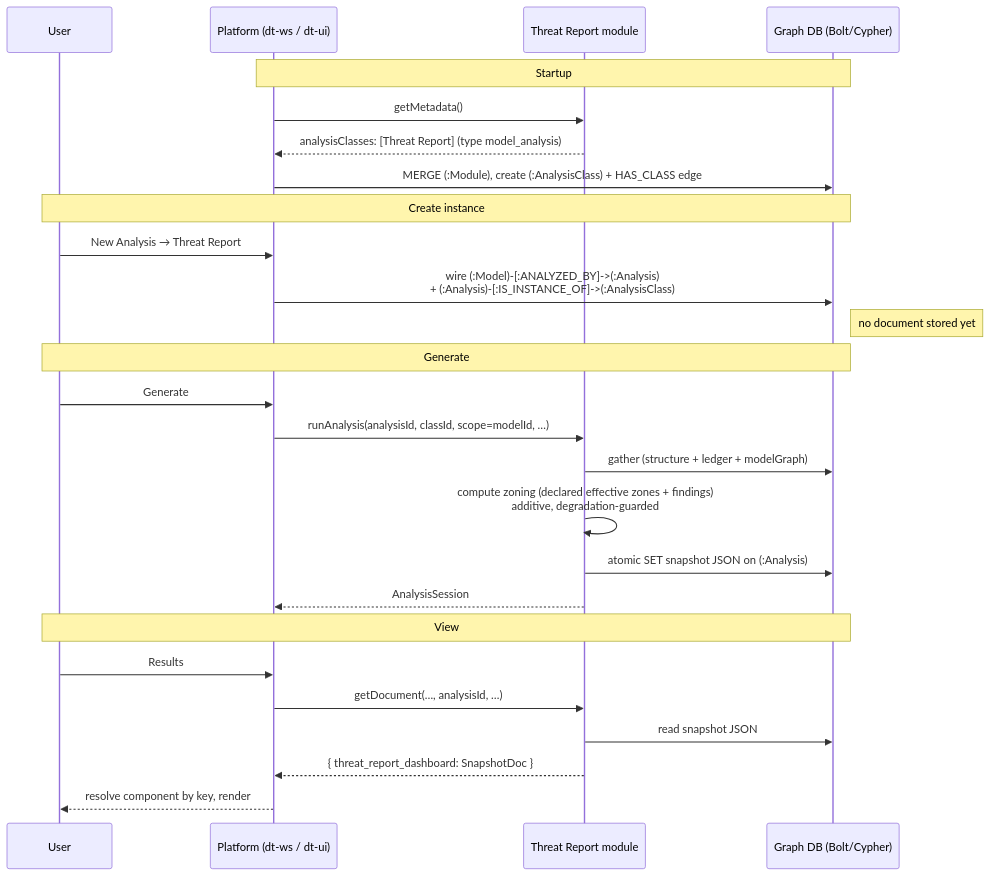
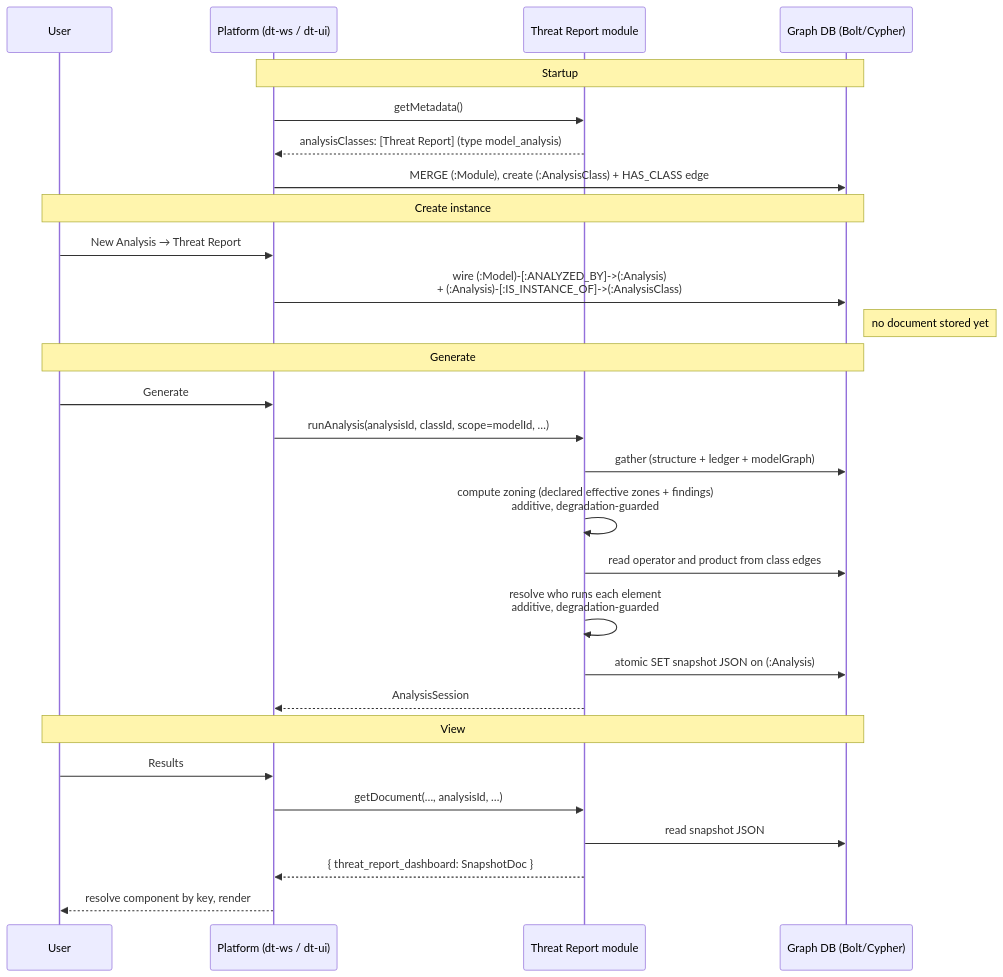
The first of 3 diagrams in docs/architecture/dethernety-threat-report/backend.md (dether-net/dethernety-oss), drawn with Mermaid before and after one commit. The commit also changed other lines of this file and 58 other files, not shown here.

````diff
--- a/docs/architecture/dethernety-threat-report/backend.md
+++ b/docs/architecture/dethernety-threat-report/backend.md
@@ -35,32 +35,34 @@
 ```mermaid
 sequenceDiagram
     participant User
     participant Platform as Platform (dt-ws / dt-ui)
     participant Module as Threat Report module
     participant DB as Graph DB (Bolt/Cypher)
 
     Note over Platform,DB: Startup
     Platform->>Module: getMetadata()
     Module-->>Platform: analysisClasses: [Threat Report] (type model_analysis)
     Platform->>DB: MERGE (:Module), create (:AnalysisClass) + HAS_CLASS edge
 
     Note over User,DB: Create instance
     User->>Platform: New Analysis → Threat Report
     Platform->>DB: wire (:Model)-[:ANALYZED_BY]->(:Analysis)<br/>+ (:Analysis)-[:IS_INSTANCE_OF]->(:AnalysisClass)
     Note right of DB: no document stored yet
 
     Note over User,DB: Generate
     User->>Platform: Generate
     Platform->>Module: runAnalysis(analysisId, classId, scope=modelId, …)
     Module->>DB: gather (structure + ledger + modelGraph)
     Module->>Module: compute zoning (declared effective zones + findings)<br/>additive, degradation-guarded
+    Module->>DB: read operator and product from class edges
+    Module->>Module: resolve who runs each element<br/>additive, degradation-guarded
     Module->>DB: atomic SET snapshot JSON on (:Analysis)
     Module-->>Platform: AnalysisSession
 
     Note over User,DB: View
     User->>Platform: Results
     Platform->>Module: getDocument(…, analysisId, …)
     Module->>DB: read snapshot JSON
     Module-->>Platform: { threat_report_dashboard: SnapshotDoc }
     Platform-->>User: resolve component by key, render
 ```
````
